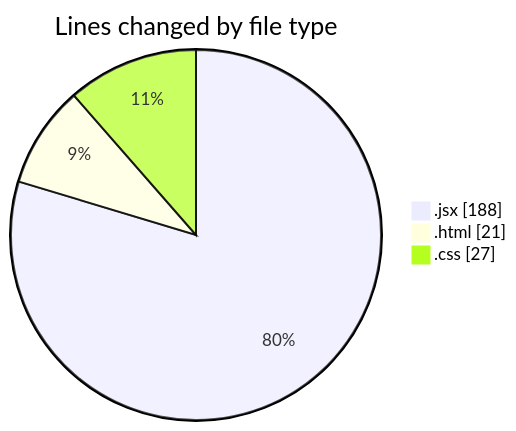
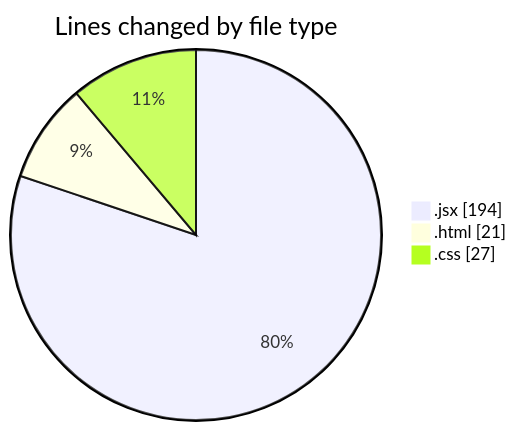
One commit to Elitesun/code-tracking changed the first of 2 diagrams in 2025-02-13/elitegpt/README.md. Above: the diagram before and after it, drawn with Mermaid. The commit also changed other lines of this file and 1 other file, not shown here.

````diff
--- a/2025-02-13/elitegpt/README.md
+++ b/2025-02-13/elitegpt/README.md
@@ -26,7 +26,7 @@
 ```mermaid
 pie showData
 title Lines changed by file type
-".jsx" : 188
+".jsx" : 194
 ".html" : 21
 ".css" : 27
 ```
````
